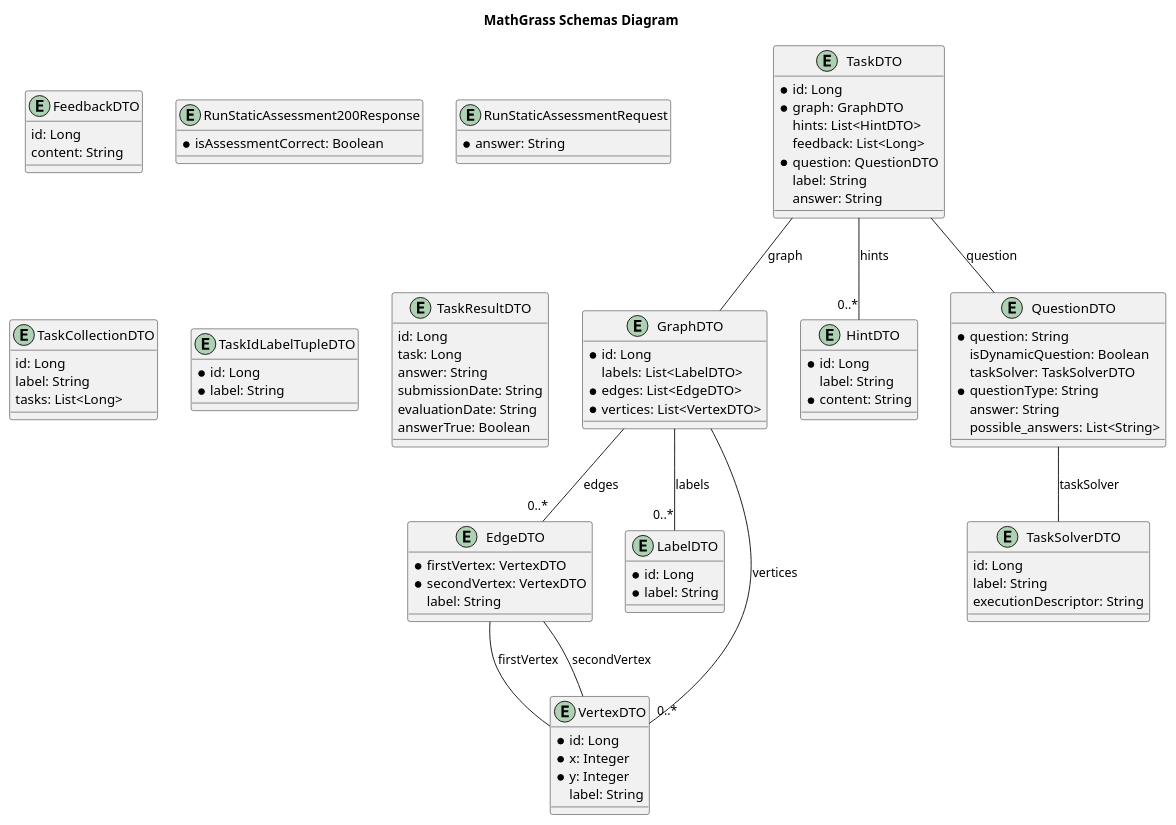
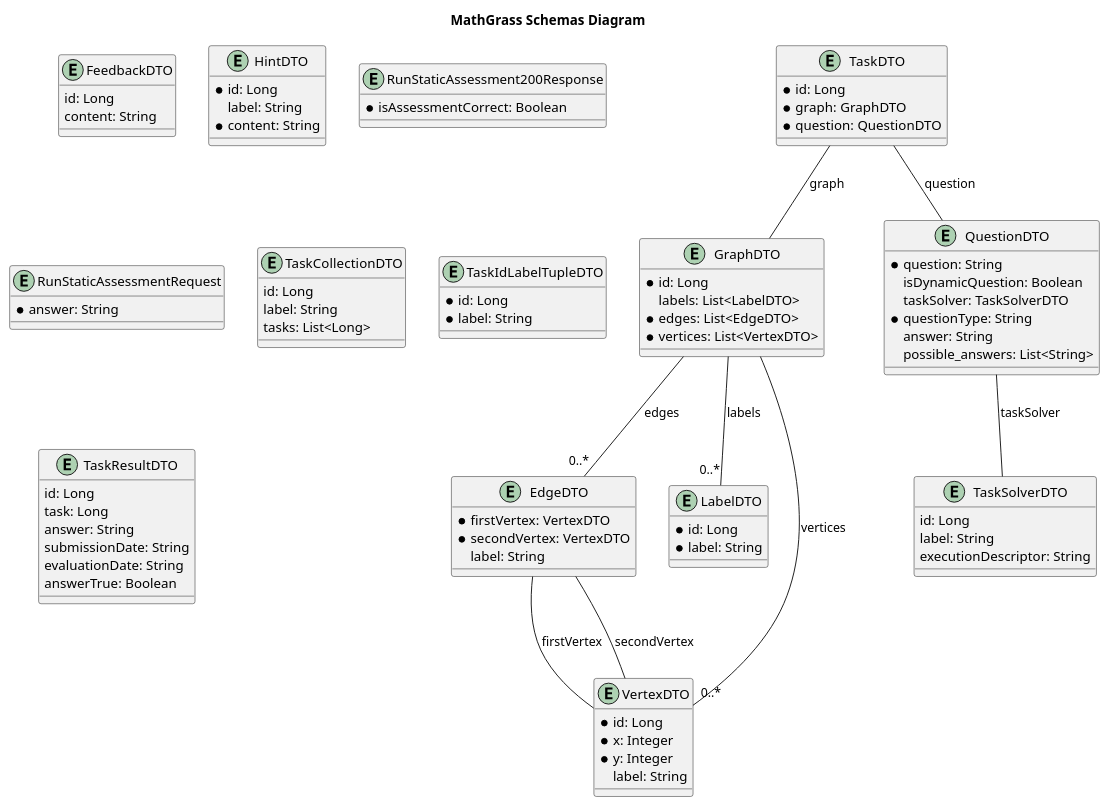
Before and after one commit to MathGrass/mathgrass-api: the diagram in openapi-spec/schemas.plantuml, drawn with PlantUML. The commit also changed 25 other files, not shown here.

```diff
--- a/openapi-spec/schemas.plantuml
+++ b/openapi-spec/schemas.plantuml
@@ -1,105 +1,100 @@
 @startuml
 
 title MathGrass Schemas Diagram
 
 entity EdgeDTO {
     * firstVertex: VertexDTO
     * secondVertex: VertexDTO
     label: String
 }
 
 entity FeedbackDTO {
     id: Long
     content: String
 }
 
 entity GraphDTO {
     * id: Long
     labels: List<LabelDTO>
     * edges: List<EdgeDTO>
     * vertices: List<VertexDTO>
 }
 
 entity HintDTO {
     * id: Long
     label: String
     * content: String
 }
 
 entity LabelDTO {
     * id: Long
     * label: String
 }
 
 entity QuestionDTO {
     * question: String
     isDynamicQuestion: Boolean
     taskSolver: TaskSolverDTO
     * questionType: String
     answer: String
     possible_answers: List<String>
 }
 
 entity RunStaticAssessment200Response {
     * isAssessmentCorrect: Boolean
 }
 
 entity RunStaticAssessmentRequest {
     * answer: String
 }
 
 entity TaskCollectionDTO {
     id: Long
     label: String
     tasks: List<Long>
 }
 
 entity TaskDTO {
     * id: Long
     * graph: GraphDTO
-    hints: List<HintDTO>
-    feedback: List<Long>
     * question: QuestionDTO
-    label: String
-    answer: String
 }
 
 entity TaskIdLabelTupleDTO {
     * id: Long
     * label: String
 }
 
 entity TaskResultDTO {
     id: Long
     task: Long
     answer: String
     submissionDate: String
     evaluationDate: String
     answerTrue: Boolean
 }
 
 entity TaskSolverDTO {
     id: Long
     label: String
     executionDescriptor: String
 }
 
 entity VertexDTO {
     * id: Long
     * x: Integer
     * y: Integer
     label: String
 }
 
 
 GraphDTO -- "0..*" LabelDTO : labels
 GraphDTO -- "0..*" EdgeDTO : edges
 GraphDTO -- "0..*" VertexDTO : vertices
 TaskDTO -- GraphDTO : graph
-TaskDTO -- "0..*" HintDTO : hints
 TaskDTO -- QuestionDTO : question
 EdgeDTO -- VertexDTO : firstVertex
 EdgeDTO -- VertexDTO : secondVertex
 QuestionDTO -- TaskSolverDTO : taskSolver
 
 @enduml
```
